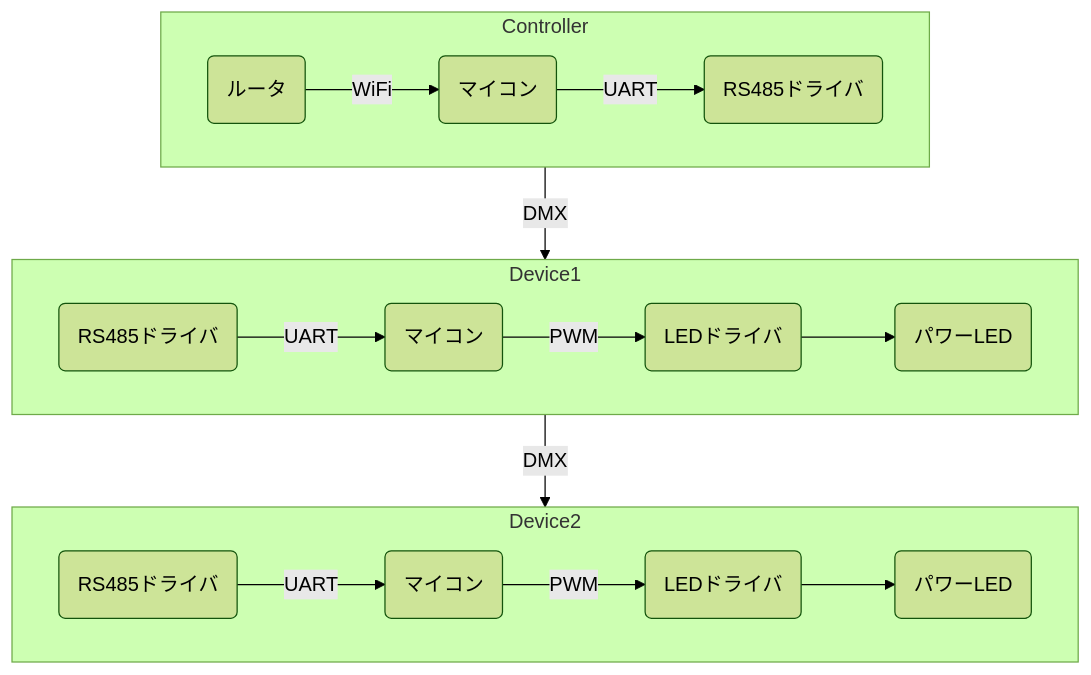
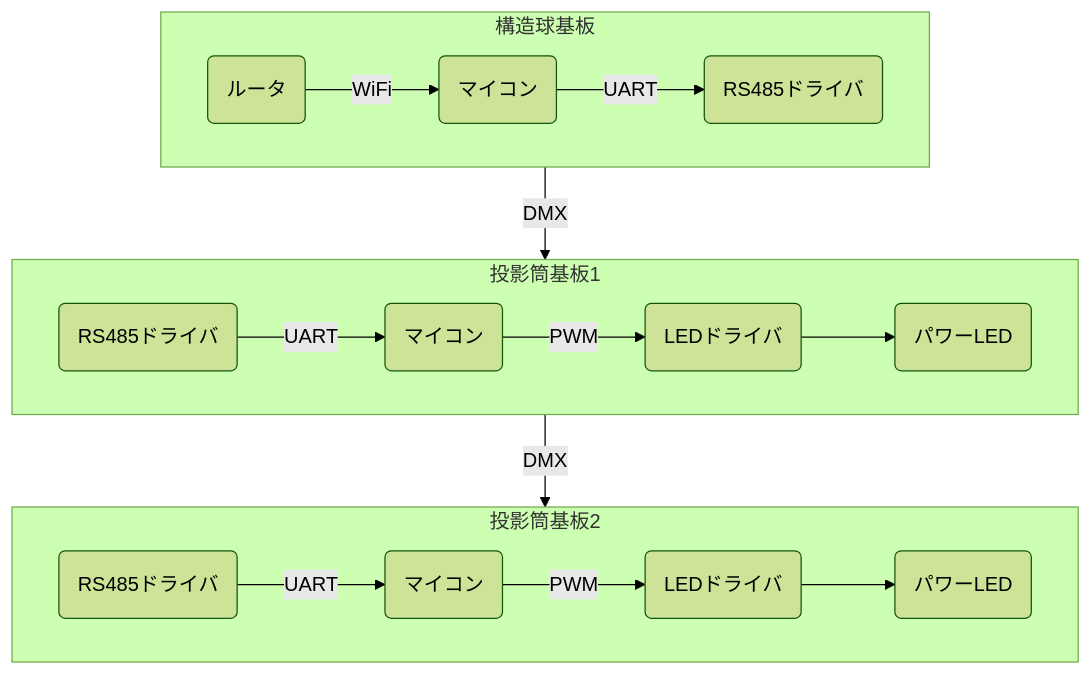
Before and after one commit to TokyoTech-Astro/planetarium-reboot: the diagram in prototype-projector/README.md, drawn with Mermaid (forest theme). The commit also changed other lines of this file, not shown here.

Commit message:
fix: 図

````diff
--- a/prototype-projector/README.md
+++ b/prototype-projector/README.md
@@ -55,21 +53,21 @@
 ```mermaid
 flowchart TB
-  subgraph Controller
+  subgraph 構造球基板
     A(ルータ) --> |WiFi| B(マイコン)
     B --> |UART| C(RS485ドライバ)
   end
 
-  subgraph Device1
+  subgraph 投影筒基板1
     D1(RS485ドライバ) --> |UART| E1(マイコン)
     E1 --> |PWM| F1(LEDドライバ)
     F1 --> G1(パワーLED)
   end
 
-  subgraph Device2
+  subgraph 投影筒基板2
     D2(RS485ドライバ) --> |UART| E2(マイコン)
     E2 --> |PWM| F2(LEDドライバ)
     F2 --> G2(パワーLED)
   end
 
-  Controller --> |DMX| Device1 --> |DMX| Device2
+  構造球基板 --> |DMX| 投影筒基板1 --> |DMX| 投影筒基板2
 ```
````
